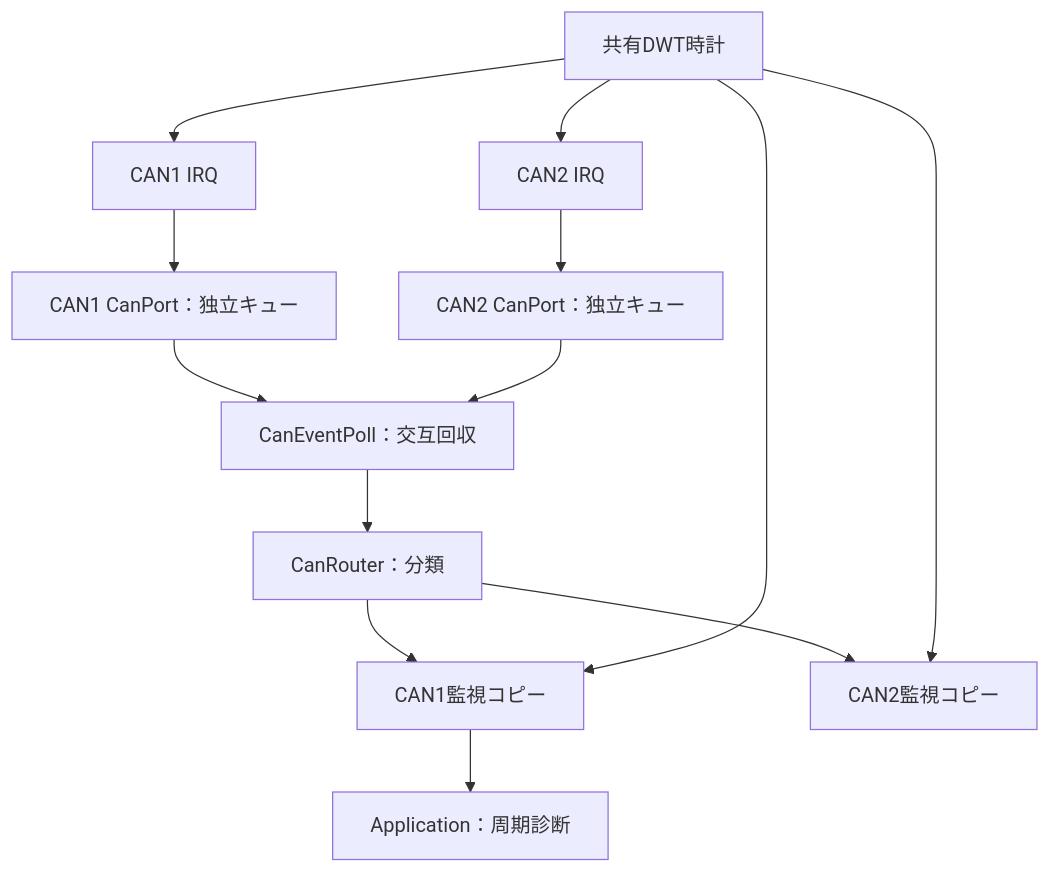
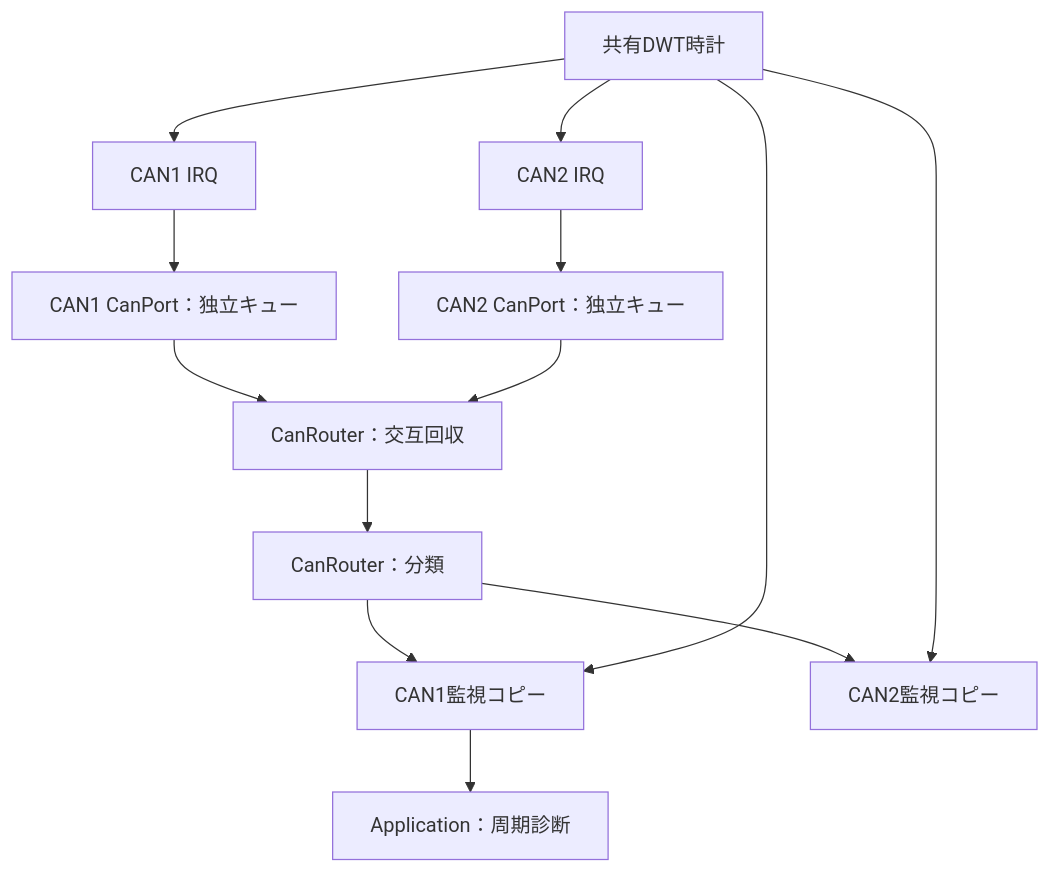
Before and after one commit to kou-pen/balancing: diagram 17 of 32 in docs/diagrams.md, drawn with Mermaid. The commit also changed 38 other files, not shown here.

```diff
--- a/docs/diagrams.md
+++ b/docs/diagrams.md
@@ -413,15 +413,15 @@
 <pre class="mermaid">
 flowchart TB
     I1["CAN1 IRQ"] --> P1["CAN1 CanPort：独立キュー"]
     I2["CAN2 IRQ"] --> P2["CAN2 CanPort：独立キュー"]
     DWT["共有DWT時計"] --> I1
     DWT --> I2
-    P1 --> POLL["CanEventPoll：交互回収"]
+    P1 --> POLL["CanRouter：交互回収"]
     P2 --> POLL
     POLL --> R["CanRouter：分類"]
     R --> S1["CAN1監視コピー"]
     R --> S2["CAN2監視コピー"]
     DWT --> S1
     DWT --> S2
     S1 --> APP["Application：周期診断"]
 </pre>
```
